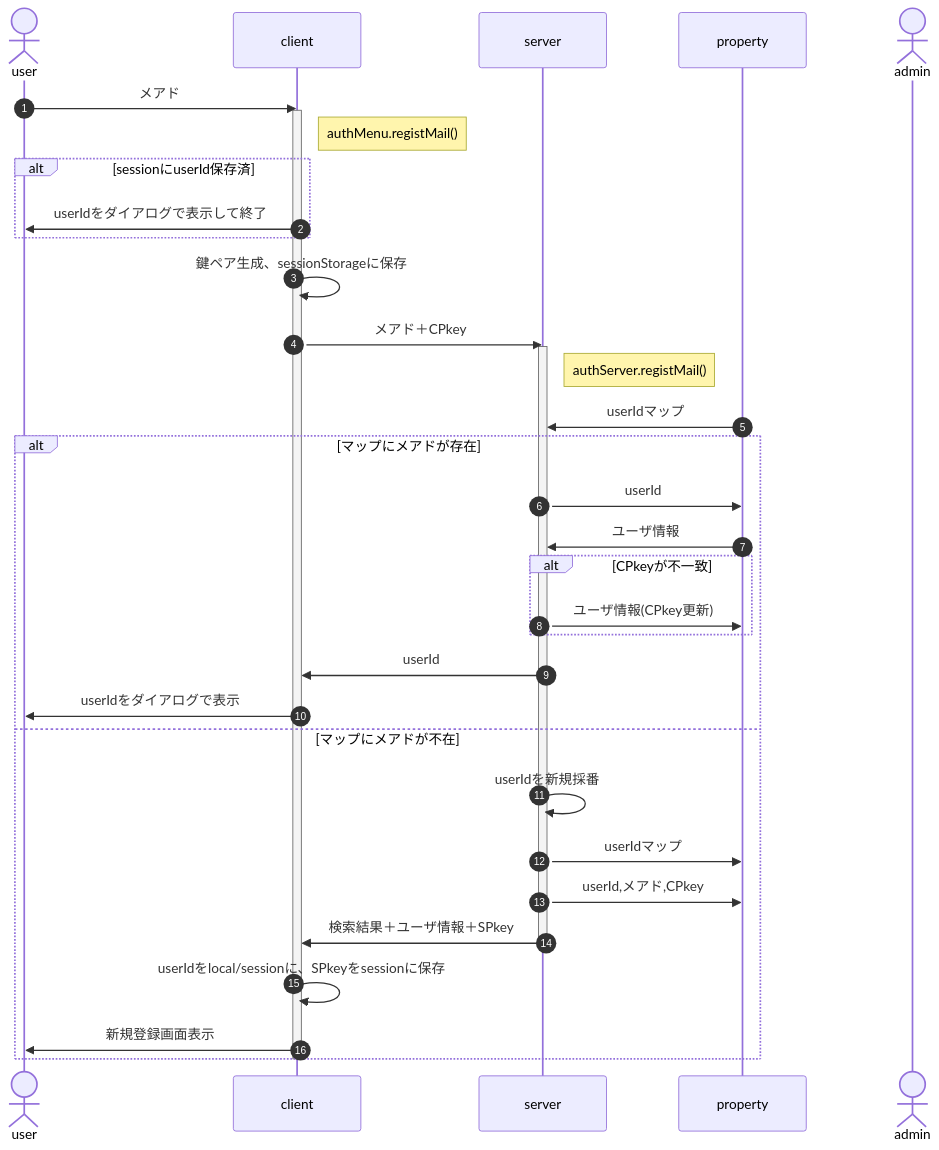
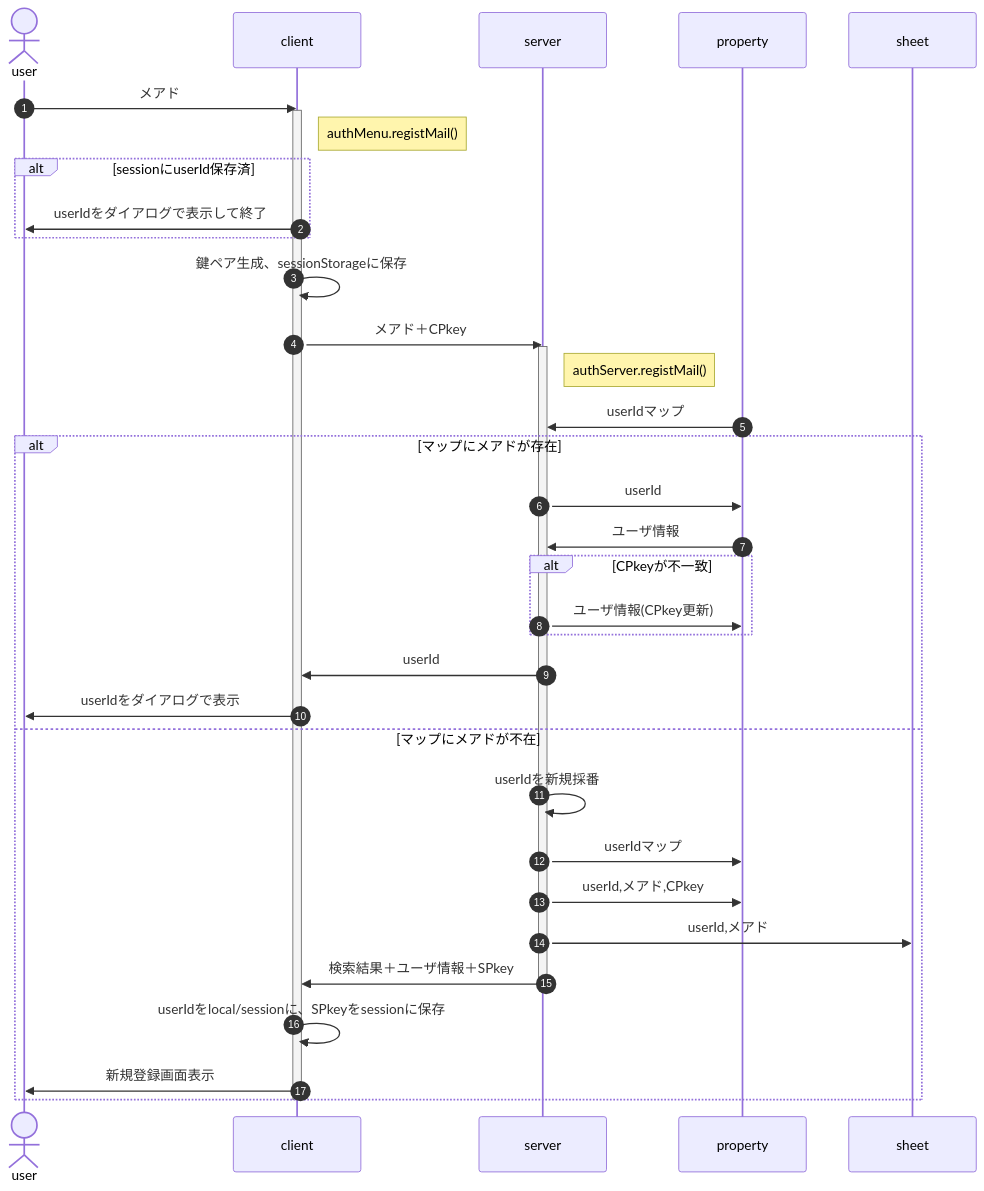
Before and after one commit to nakaone/library: the diagram in authMenu/1.0.0/doc/entry.md, drawn with Mermaid.

````diff
--- a/authMenu/1.0.0/doc/entry.md
+++ b/authMenu/1.0.0/doc/entry.md
@@ -5,39 +5,40 @@
 ```mermaid
 sequenceDiagram
   autonumber
   actor user
   participant client
   participant server
   participant property
-  actor admin
+  participant sheet
 
   user ->> client : メアド
   activate client
   Note right of client : authMenu.registMail()
   alt sessionにuserId保存済
     client ->> user : userIdをダイアログで表示して終了
   end
   client ->> client : 鍵ペア生成、sessionStorageに保存
   client ->> server : メアド＋CPkey
   activate server
   Note right of server : authServer.registMail()
   property ->> server : userIdマップ
   alt マップにメアドが存在
     server ->> property : userId
     property ->> server : ユーザ情報
     alt CPkeyが不一致
       server ->> property : ユーザ情報(CPkey更新)
     end
     server ->> client : userId
     client ->> user : userIdをダイアログで表示
   else マップにメアドが不在
     server ->> server : userIdを新規採番
     server ->> property : userIdマップ
     server ->> property : userId,メアド,CPkey
+    server ->> sheet : userId,メアド
     server ->> client : 検索結果＋ユーザ情報＋SPkey
     deactivate server
     client ->> client : userIdをlocal/sessionに、SPkeyをsessionに保存
     client ->> user : 新規登録画面表示
   end
   deactivate client
 ```
````
